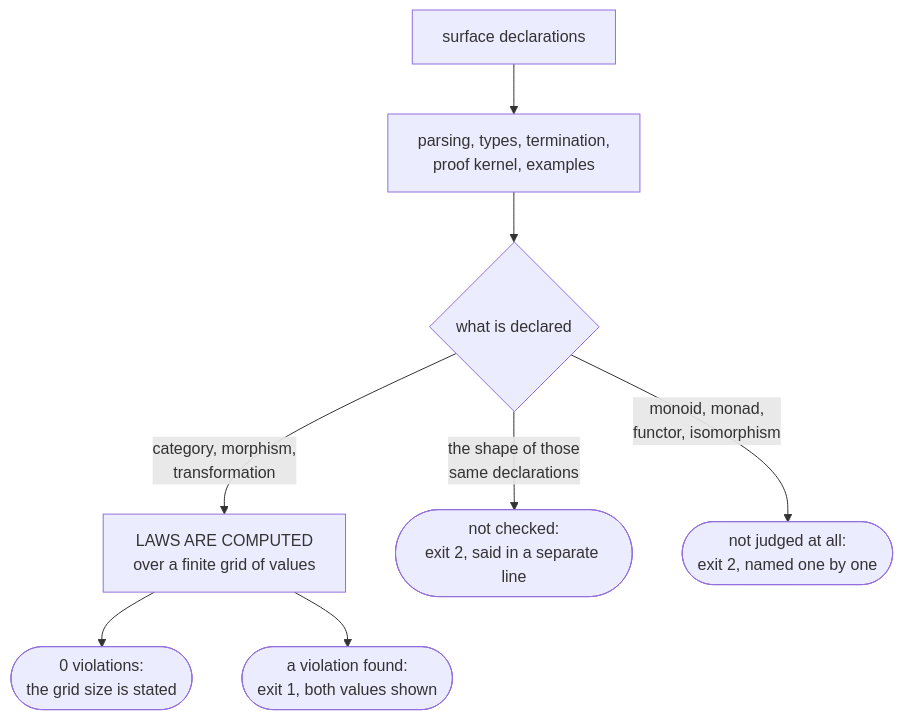
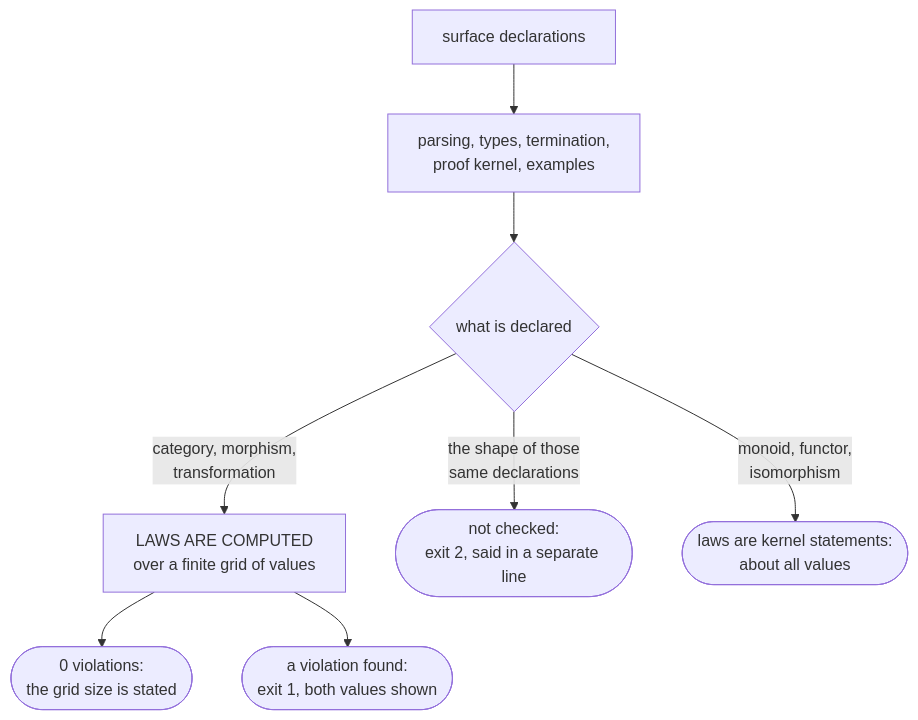
The diagram in docs/site/categories.md (digitable-lol/flang), drawn with Mermaid before and after one commit. The commit also changed other lines of this file and 3 other files, not shown here.

First line of the commit message:
docs(site): run blocks are executed, category laws are kernel statements

````diff
--- a/docs/site/categories.md
+++ b/docs/site/categories.md
@@ -93,14 +93,14 @@
 ```mermaid Three answers the compiler gives to the categorical surface
 flowchart TD
   A[surface declarations] --> B[parsing, types, termination,<br>proof kernel, examples]
   B --> C{what is declared}
   C -->|category, morphism,<br>transformation| D[LAWS ARE COMPUTED<br>over a finite grid of values]
   D --> E([0 violations:<br>the grid size is stated])
   D --> F([a violation found:<br>exit 1, both values shown])
   C -->|the shape of those<br>same declarations| G([not checked:<br>exit 2, said in a separate line])
-  C -->|monoid, monad,<br>functor, isomorphism| H([not judged at all:<br>exit 2, named one by one])
+  C -->|monoid, functor,<br>isomorphism| H([laws are kernel statements:<br>about all values])
   class E vyvod
   class F glavnoe
   class G otkaz
-  class H otkaz
+  class H vyvod
 ```
````
